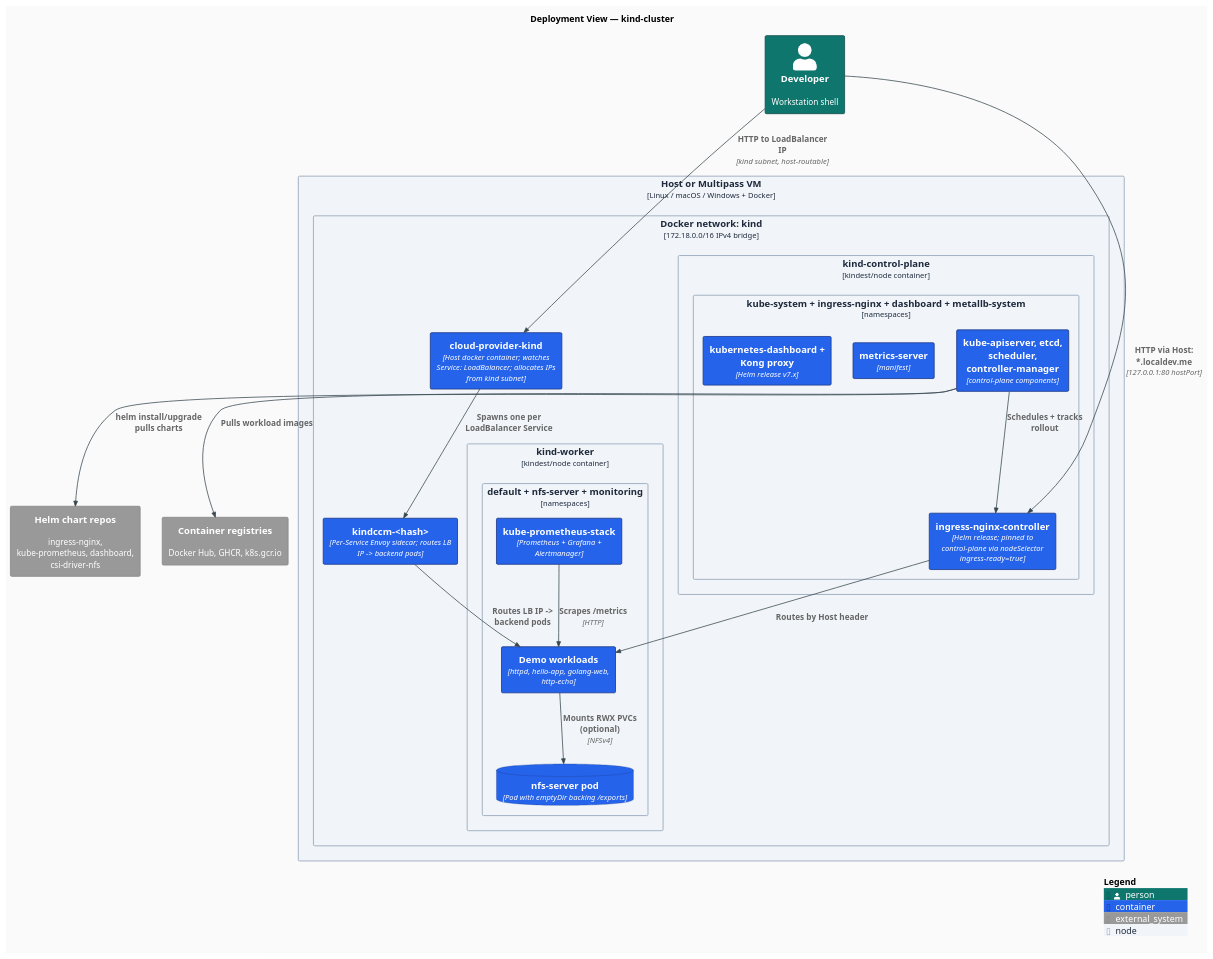
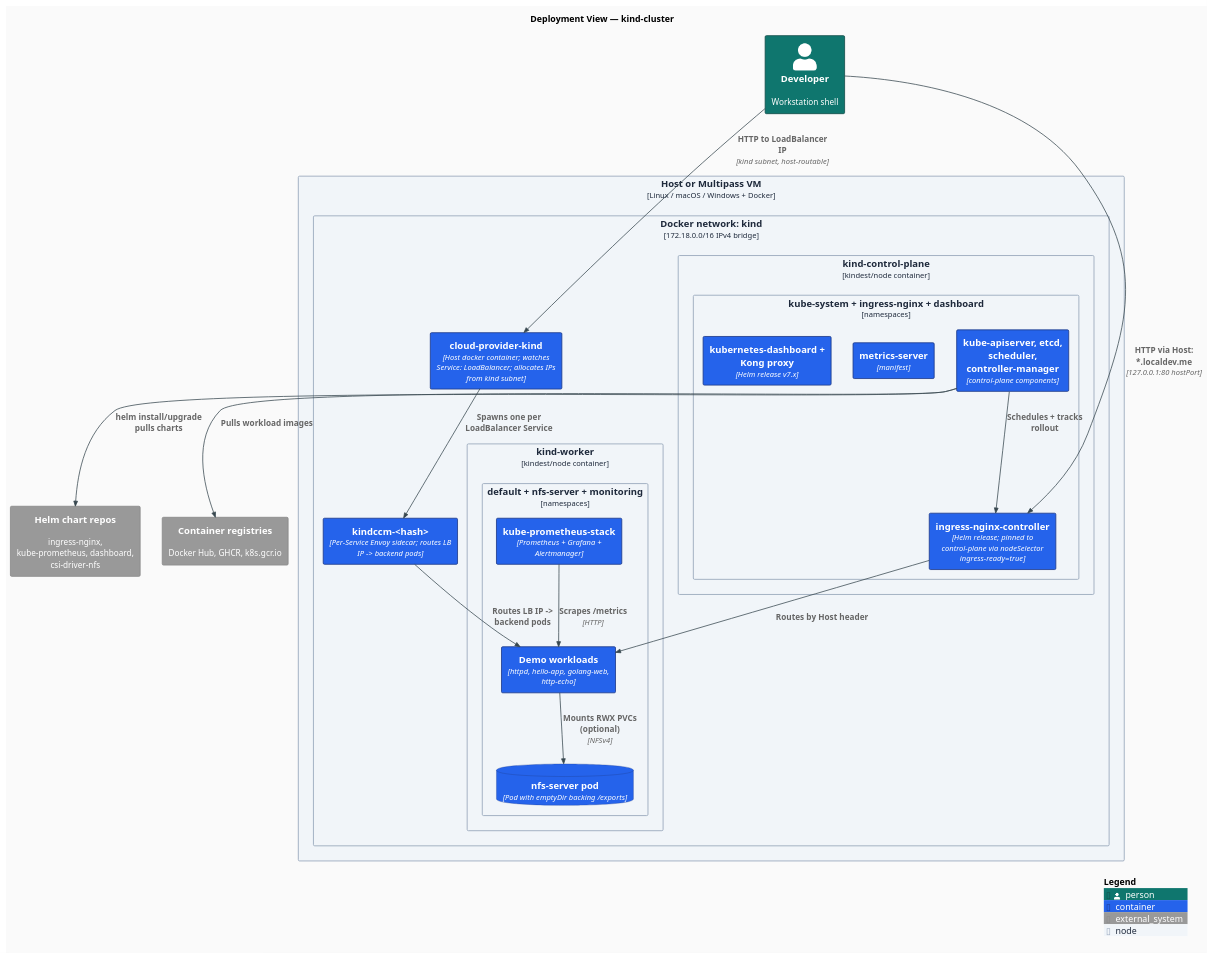
Before and after one commit to AndriyKalashnykov/kind-cluster: the diagram in docs/diagrams/c4-deployment.puml, drawn with PlantUML. The commit also changed 22 other files, not shown here.

```diff
--- a/docs/diagrams/c4-deployment.puml
+++ b/docs/diagrams/c4-deployment.puml
@@ -1,61 +1,61 @@
 @startuml c4-deployment
 !include https://raw.githubusercontent.com/plantuml-stdlib/C4-PlantUML/v2.11.0/C4_Deployment.puml
 
 ' Modern flat styling: no shadows, sharper corners, clean sans-serif, modern palette.
 skinparam backgroundColor #FAFAFA
 skinparam shadowing false
 skinparam roundCorner 4
 skinparam defaultFontName "Inter, Helvetica, Arial, sans-serif"
 skinparam defaultFontSize 13
 skinparam ArrowColor #37474F
 skinparam ArrowThickness 1.2
 skinparam rectangleBorderThickness 1.3
 
 UpdateElementStyle("person",        $fontColor="#FFFFFF", $bgColor="#0F766E", $borderColor="#134E4A")
 UpdateElementStyle("container",     $fontColor="#FFFFFF", $bgColor="#2563EB", $borderColor="#1E3A8A")
 UpdateElementStyle("container_db",  $fontColor="#FFFFFF", $bgColor="#7C3AED", $borderColor="#4C1D95")
 UpdateElementStyle("node",          $fontColor="#1E293B", $bgColor="#F1F5F9", $borderColor="#94A3B8")
 UpdateBoundaryStyle($bgColor="#F1F5F9", $borderColor="#94A3B8", $fontColor="#1E293B")
 
 title Deployment View — kind-cluster
 
 Person(dev, "Developer", "Workstation shell")
 
 Deployment_Node(host, "Host or Multipass VM", "Linux / macOS / Windows + Docker") {
   Deployment_Node(net, "Docker network: kind", "172.18.0.0/16 IPv4 bridge") {
     Deployment_Node(cp, "kind-control-plane", "kindest/node container") {
-      Deployment_Node(kube, "kube-system + ingress-nginx + dashboard + metallb-system", "namespaces") {
+      Deployment_Node(kube, "kube-system + ingress-nginx + dashboard", "namespaces") {
         Container(api, "kube-apiserver, etcd, scheduler, controller-manager", "control-plane components")
         Container(ingress, "ingress-nginx-controller", "Helm release; pinned to control-plane via nodeSelector ingress-ready=true")
         Container(metrics, "metrics-server", "manifest")
         Container(dash, "kubernetes-dashboard + Kong proxy", "Helm release v7.x")
       }
     }
     Deployment_Node(worker, "kind-worker", "kindest/node container") {
       Deployment_Node(workload_ns, "default + nfs-server + monitoring", "namespaces") {
         Container(apps, "Demo workloads", "httpd, hello-app, golang-web, http-echo")
         ContainerDb(nfs, "nfs-server pod", "Pod with emptyDir backing /exports")
         Container(prom, "kube-prometheus-stack", "Prometheus + Grafana + Alertmanager")
       }
     }
     Container(cpk, "cloud-provider-kind", "Host docker container; watches Service: LoadBalancer; allocates IPs from kind subnet")
     Container(cpk_sidecars, "kindccm-<hash>", "Per-Service Envoy sidecar; routes LB IP -> backend pods")
   }
 }
 
 System_Ext(charts, "Helm chart repos", "ingress-nginx, kube-prometheus, dashboard, csi-driver-nfs")
 System_Ext(registries, "Container registries", "Docker Hub, GHCR, k8s.gcr.io")
 
 Rel(dev, ingress, "HTTP via Host: *.localdev.me", "127.0.0.1:80 hostPort")
 Rel(dev, cpk, "HTTP to LoadBalancer IP", "kind subnet, host-routable")
 Rel(api, ingress, "Schedules + tracks rollout")
 Rel(cpk, cpk_sidecars, "Spawns one per LoadBalancer Service")
 Rel(cpk_sidecars, apps, "Routes LB IP -> backend pods")
 Rel(ingress, apps, "Routes by Host header")
 Rel(prom, apps, "Scrapes /metrics", "HTTP")
 Rel(apps, nfs, "Mounts RWX PVCs (optional)", "NFSv4")
 Rel(api, charts, "helm install/upgrade pulls charts")
 Rel(api, registries, "Pulls workload images")
 
 SHOW_LEGEND()
 @enduml
```
